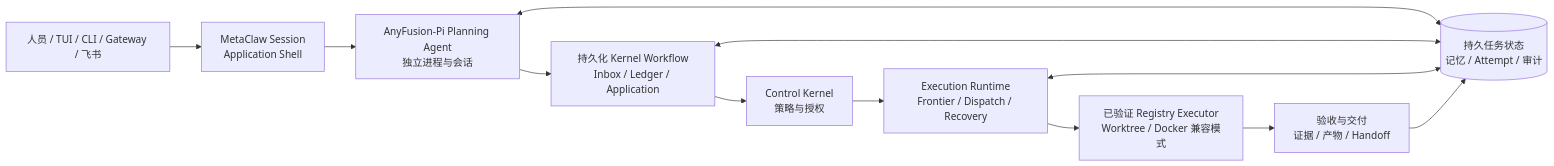
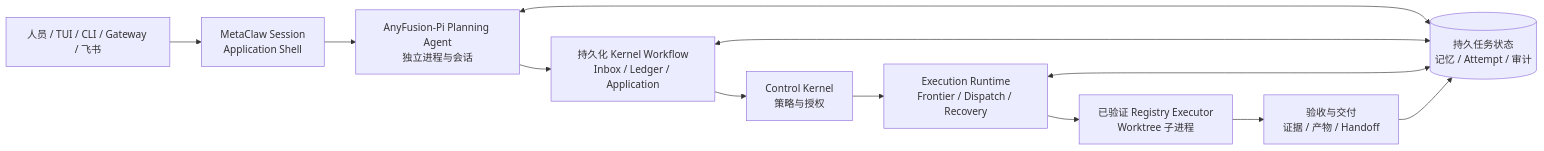
Before and after one commit to MetaAny/AnyFusion: the diagram in README.zh-CN.md, drawn with Mermaid. The commit also changed other lines of this file and 110 other files, not shown here.

Commit message:
feat: converge Ubuntu runtime and executor registry

````diff
--- a/README.zh-CN.md
+++ b/README.zh-CN.md
@@ -57,16 +57,16 @@
 ```mermaid
 flowchart LR
   Intake[人员 / TUI / CLI / Gateway / 飞书] --> Session[MetaClaw Session<br/>Application Shell]
   Session --> Planning[AnyFusion-Pi Planning Agent<br/>独立进程与会话]
   Planning --> Workflow[持久化 Kernel Workflow<br/>Inbox / Ledger / Application]
   Workflow --> Kernel[Control Kernel<br/>策略与授权]
   Kernel --> Runtime[Execution Runtime<br/>Frontier / Dispatch / Recovery]
-  Runtime --> Agents[已验证 Registry Executor<br/>Worktree / Docker 兼容模式]
+  Runtime --> Agents[已验证 Registry Executor<br/>Worktree 子进程]
   Agents --> Verify[验收与交付<br/>证据 / 产物 / Handoff]
 
   State[(持久任务状态<br/>记忆 / Attempt / 审计)]
   Planning <--> State
   Workflow <--> State
   Runtime <--> State
   Verify --> State
 ```
````
